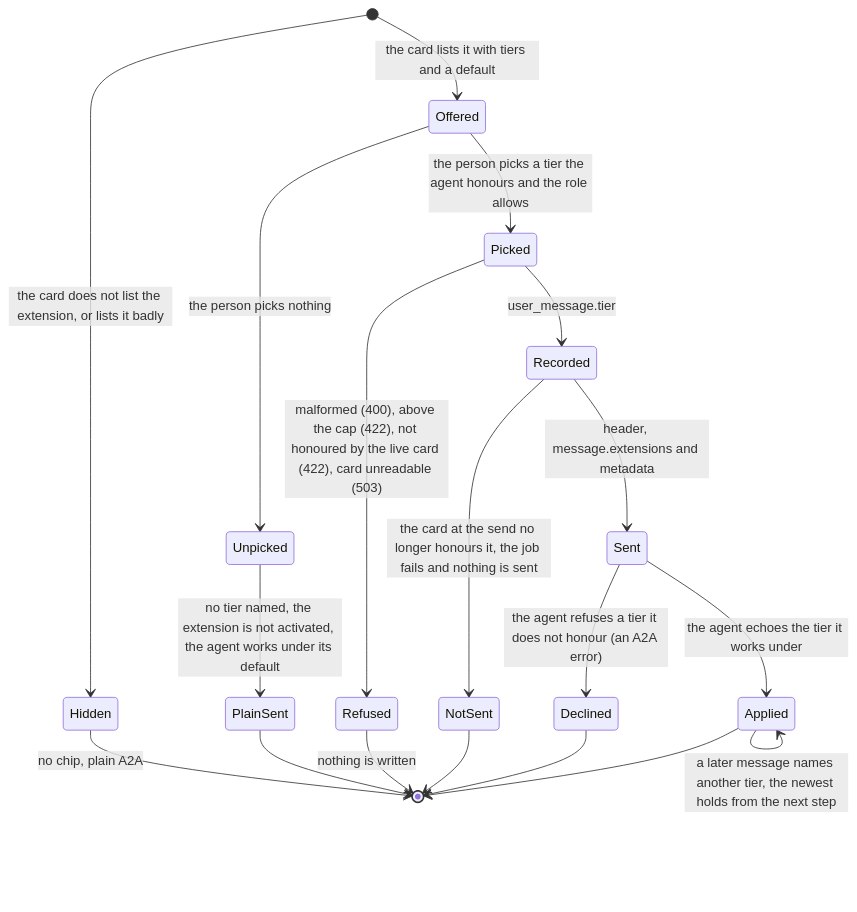
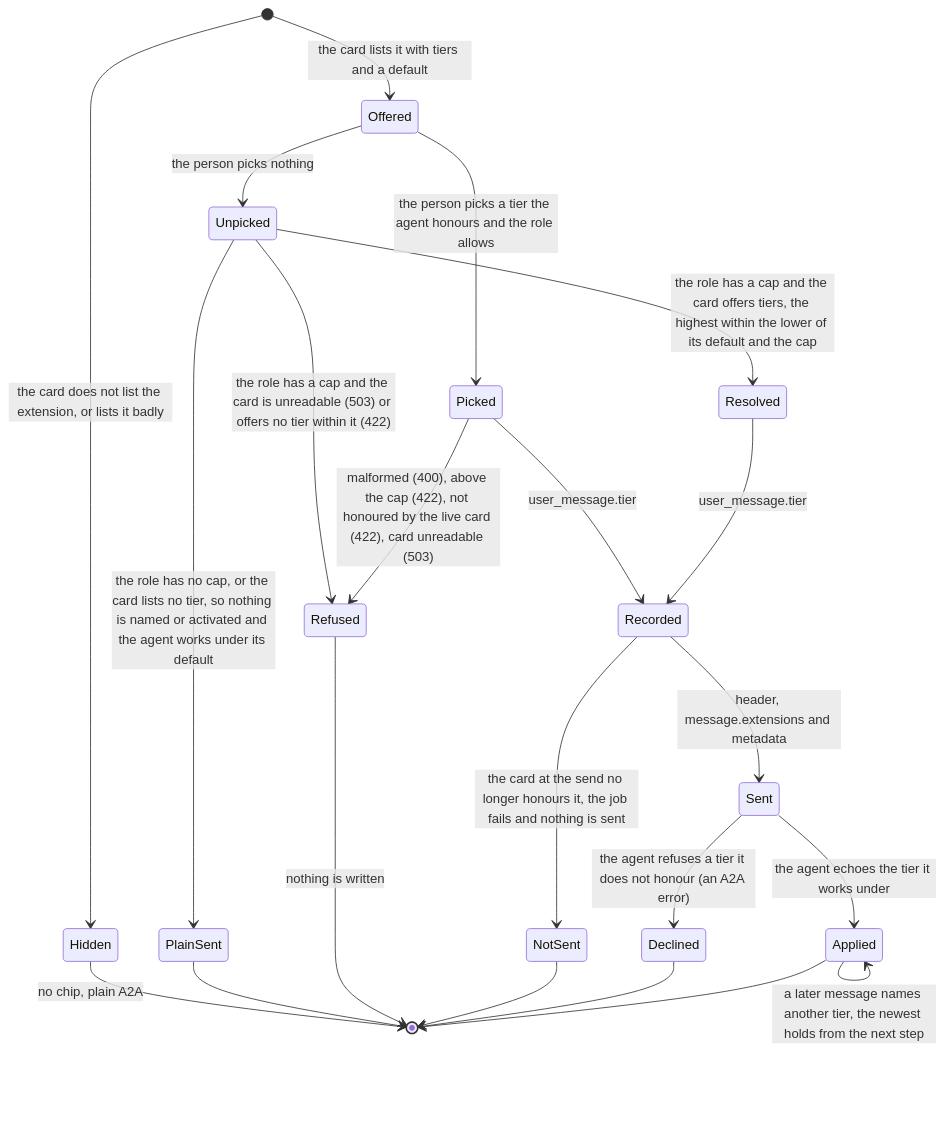
Before and after one commit to vymalo/another-agentic-system: the second of 2 diagrams in docs/api/access-tier-v1.md, drawn with Mermaid. The commit also changed other lines of this file and 3 other files, not shown here.

First line of the commit message:
docs: the tier of a message that names none, the job's tier and the cap per agent

````diff
--- a/docs/api/access-tier-v1.md
+++ b/docs/api/access-tier-v1.md
@@ -68,21 +69,24 @@
 ```mermaid
 stateDiagram-v2
   [*] --> Hidden: the card does not list the extension, or lists it badly
   [*] --> Offered: the card lists it with tiers and a default
   Offered --> Unpicked: the person picks nothing
   Offered --> Picked: the person picks a tier the agent honours and the role allows
-  Unpicked --> PlainSent: no tier named, the extension is not activated, the agent works under its default
+  Unpicked --> PlainSent: the role has no cap, or the card lists no tier, so nothing is named or activated and the agent works under its default
+  Unpicked --> Resolved: the role has a cap and the card offers tiers, the highest within the lower of its default and the cap
+  Unpicked --> Refused: the role has a cap and the card is unreadable (503) or offers no tier within it (422)
   Picked --> Refused: malformed (400), above the cap (422), not honoured by the live card (422), card unreadable (503)
   Picked --> Recorded: user_message.tier
+  Resolved --> Recorded: user_message.tier
   Recorded --> NotSent: the card at the send no longer honours it, the job fails and nothing is sent
   Recorded --> Sent: header, message.extensions and metadata
   Sent --> Applied: the agent echoes the tier it works under
   Sent --> Declined: the agent refuses a tier it does not honour (an A2A error)
   Applied --> Applied: a later message names another tier, the newest holds from the next step
   Hidden --> [*]: no chip, plain A2A
   PlainSent --> [*]
   Refused --> [*]: nothing is written
   NotSent --> [*]
   Declined --> [*]
   Applied --> [*]
 ```
````
